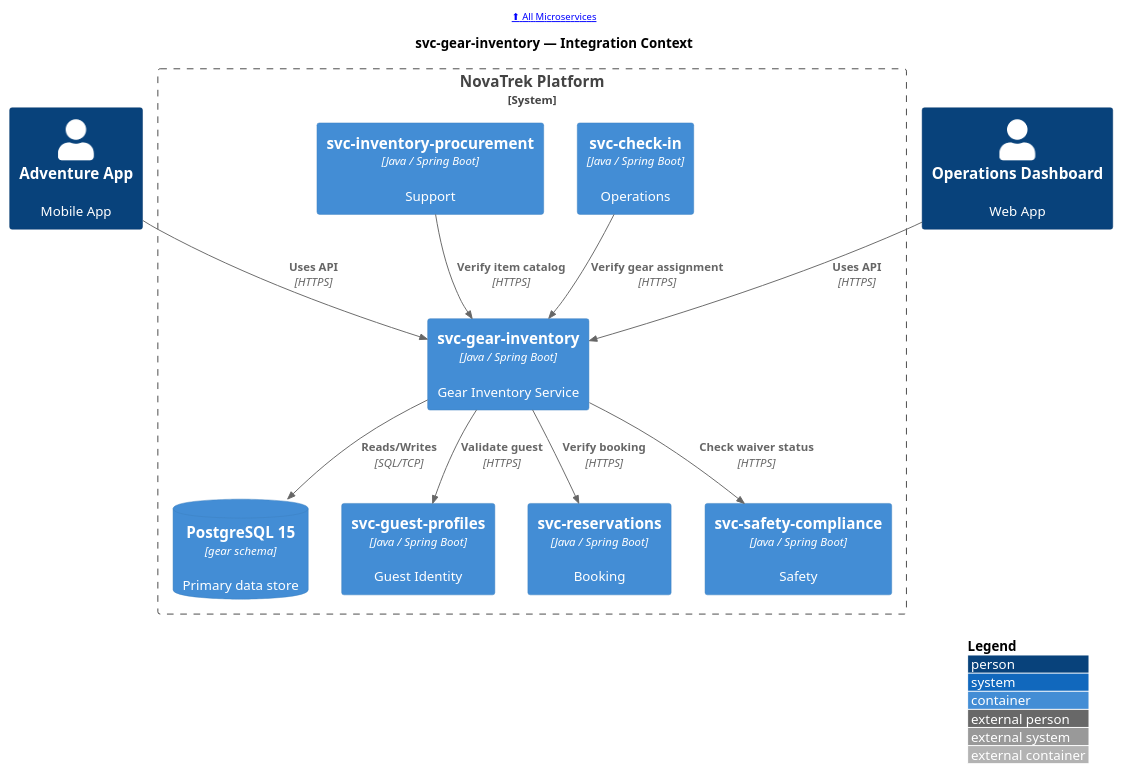
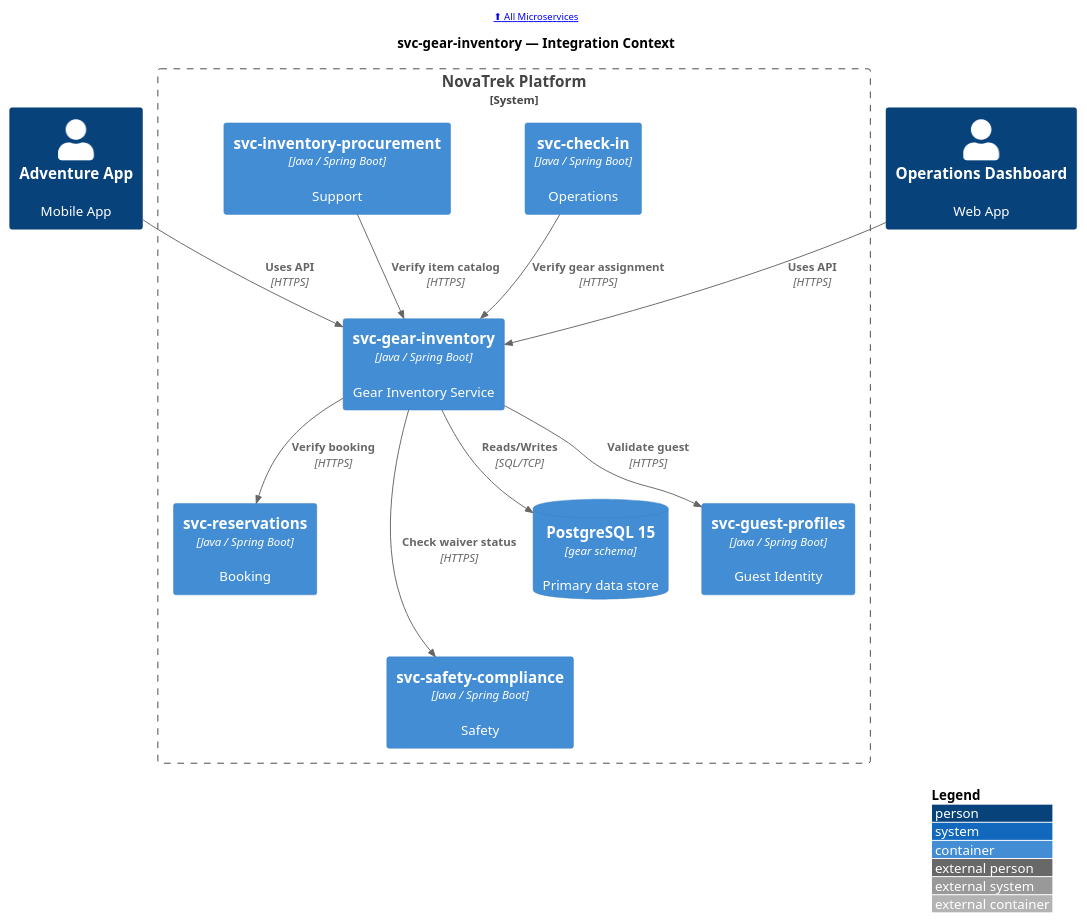
Before and after one commit to christopherblaisdell/continuous-architecture-platform-poc: the diagram in portal/docs/microservices/puml/svc-gear-inventory--c4-context.puml, drawn with PlantUML. The commit also changed 22 other files, not shown here.

First line of the commit message:
fix: restructure event-flow and C4 context diagram layouts for better aspect ratios

```diff
--- a/portal/docs/microservices/puml/svc-gear-inventory--c4-context.puml
+++ b/portal/docs/microservices/puml/svc-gear-inventory--c4-context.puml
@@ -1,34 +1,39 @@
 @startuml
 !include <c4/C4_Container>
 
 LAYOUT_WITH_LEGEND()
 LAYOUT_TOP_DOWN()
 
 header [[/microservices/ ⬆ All Microservices]]
 
 title svc-gear-inventory — Integration Context
 
 Person(app_guest_mobile, "Adventure App", "Mobile App", $link="/applications/app-guest-mobile/#service-dependencies")
 Person(web_ops_dashboard, "Operations Dashboard", "Web App", $link="/applications/web-ops-dashboard/#service-dependencies")
 
 System_Boundary(boundary, "NovaTrek Platform") {
     Container(svc_gear_inventory, "svc-gear-inventory", "Java / Spring Boot", "Gear Inventory Service", $link="/microservices/svc-gear-inventory/")
     ContainerDb(svc_gear_inventory_db, "PostgreSQL 15", "gear schema", "Primary data store", $link="/microservices/svc-gear-inventory/#data-store")
     Container(svc_check_in, "svc-check-in", "Java / Spring Boot", "Operations", $link="/microservices/svc-check-in/#integration-context")
     Container(svc_inventory_procurement, "svc-inventory-procurement", "Java / Spring Boot", "Support", $link="/microservices/svc-inventory-procurement/#integration-context")
     Container(svc_guest_profiles, "svc-guest-profiles", "Java / Spring Boot", "Guest Identity", $link="/microservices/svc-guest-profiles/#integration-context")
     Container(svc_reservations, "svc-reservations", "Java / Spring Boot", "Booking", $link="/microservices/svc-reservations/#integration-context")
     Container(svc_safety_compliance, "svc-safety-compliance", "Java / Spring Boot", "Safety", $link="/microservices/svc-safety-compliance/#integration-context")
 }
 
 
 Rel(app_guest_mobile, svc_gear_inventory, "Uses API", "HTTPS")
 Rel(web_ops_dashboard, svc_gear_inventory, "Uses API", "HTTPS")
 Rel(svc_check_in, svc_gear_inventory, "Verify gear assignment", "HTTPS")
 Rel(svc_inventory_procurement, svc_gear_inventory, "Verify item catalog", "HTTPS")
 Rel(svc_gear_inventory, svc_gear_inventory_db, "Reads/Writes", "SQL/TCP")
 Rel(svc_gear_inventory, svc_guest_profiles, "Validate guest", "HTTPS")
 Rel(svc_gear_inventory, svc_reservations, "Verify booking", "HTTPS")
 Rel(svc_gear_inventory, svc_safety_compliance, "Check waiver status", "HTTPS")
 
+' Layout hints: stack peers in columns
+Lay_D(svc_check_in, svc_guest_profiles)
+Lay_D(svc_inventory_procurement, svc_reservations)
+Lay_D(svc_guest_profiles, svc_safety_compliance)
+
 @enduml
```
